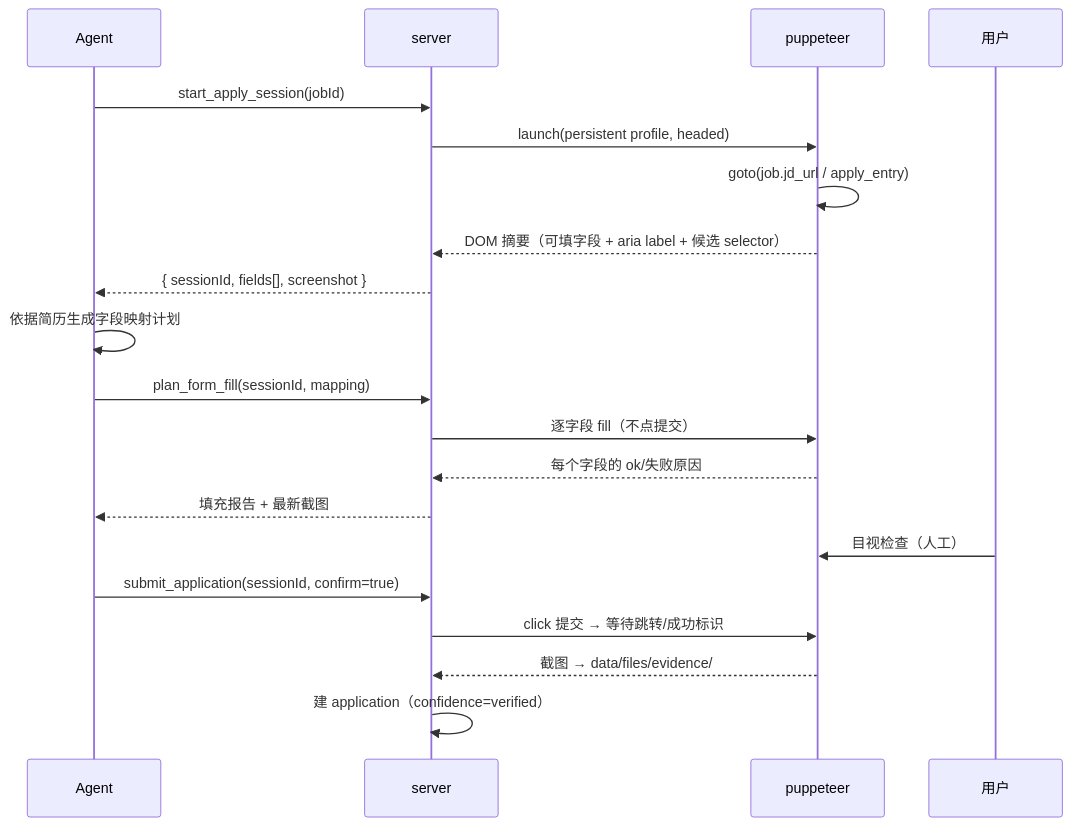
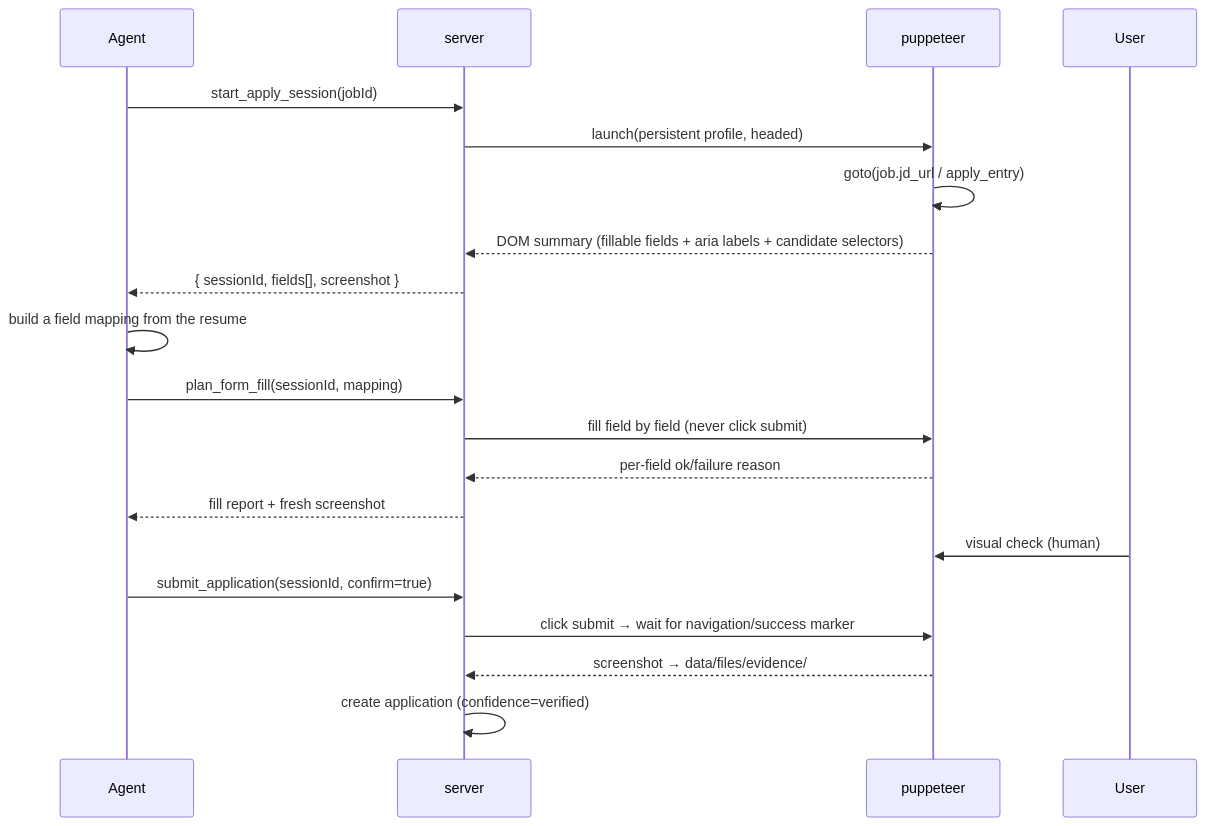
Before and after one commit to Dada-liu/land-a-job: the third of 4 diagrams in docs/ARCHITECTURE.md, drawn with Mermaid. The commit also changed other lines of this file and 17 other files, not shown here.

````diff
--- a/docs/ARCHITECTURE.md
+++ b/docs/ARCHITECTURE.md
@@ -609,23 +610,23 @@
 ```mermaid
 sequenceDiagram
   participant A as Agent
   participant S as server
   participant P as puppeteer
-  participant U as 用户
+  participant U as User
 
   A->>S: start_apply_session(jobId)
   S->>P: launch(persistent profile, headed)
   P->>P: goto(job.jd_url / apply_entry)
-  P-->>S: DOM 摘要（可填字段 + aria label + 候选 selector）
+  P-->>S: DOM summary (fillable fields + aria labels + candidate selectors)
   S-->>A: { sessionId, fields[], screenshot }
-  A->>A: 依据简历生成字段映射计划
+  A->>A: build a field mapping from the resume
   A->>S: plan_form_fill(sessionId, mapping)
-  S->>P: 逐字段 fill（不点提交）
-  P-->>S: 每个字段的 ok/失败原因
-  S-->>A: 填充报告 + 最新截图
-  U->>P: 目视检查（人工）
+  S->>P: fill field by field (never click submit)
+  P-->>S: per-field ok/failure reason
+  S-->>A: fill report + fresh screenshot
+  U->>P: visual check (human)
   A->>S: submit_application(sessionId, confirm=true)
-  S->>P: click 提交 → 等待跳转/成功标识
-  P-->>S: 截图 → data/files/evidence/
-  S->>S: 建 application（confidence=verified）
+  S->>P: click submit → wait for navigation/success marker
+  P-->>S: screenshot → data/files/evidence/
+  S->>S: create application (confidence=verified)
 ```
````
